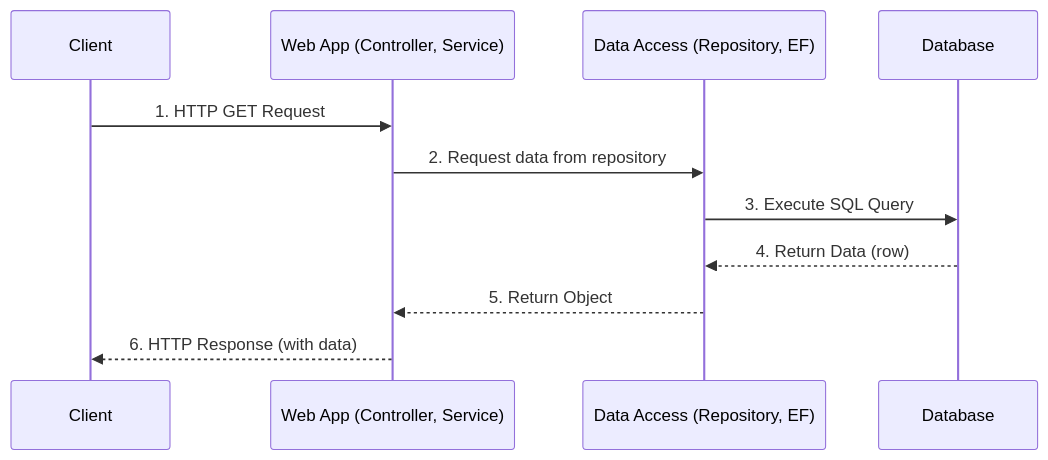
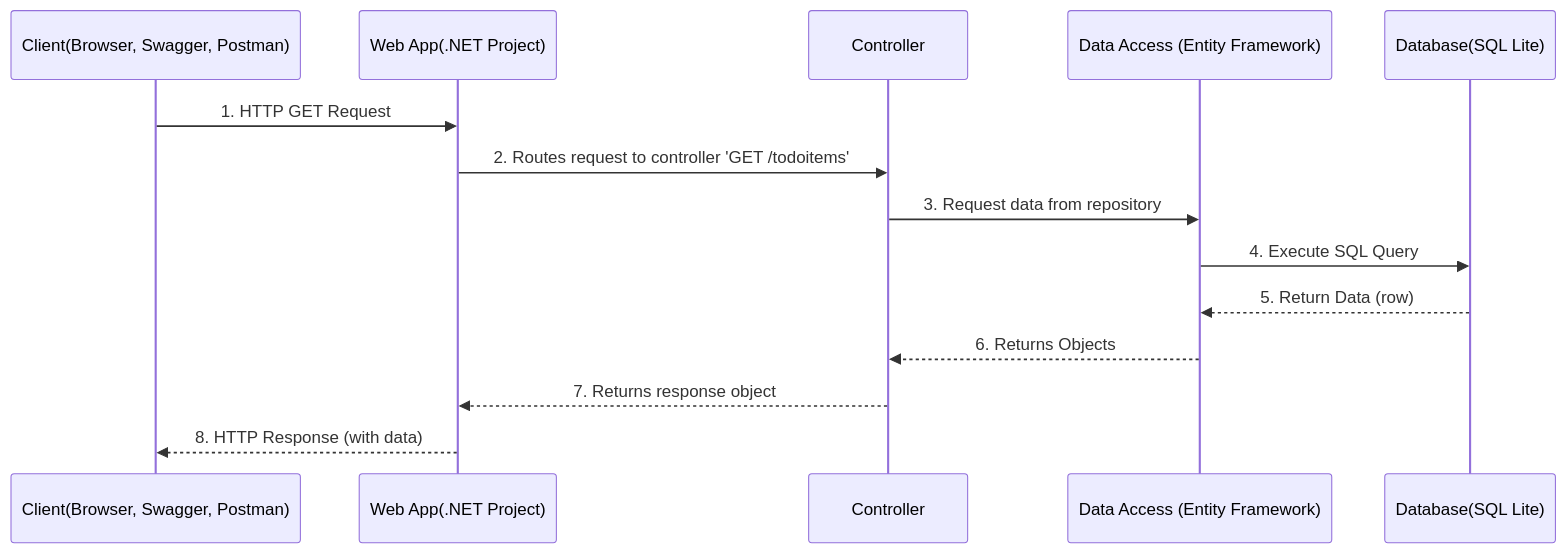
Before and after one commit to horbunovaolena/ToDo: the diagram in docs/WebApp.md, drawn with Mermaid. The commit also changed 19 other files, not shown here.

Commit message:
Convert Minimal APIs to Controller-based architecture (#25)

````diff
--- a/docs/WebApp.md
+++ b/docs/WebApp.md
@@ -2,14 +2,17 @@
 ```mermaid
 sequenceDiagram
-  participant B as Client
-  participant WA as Web App (Controller, Service)
-  participant DA as Data Access (Repository, EF)
-  participant D as Database
+  participant B as Client(Browser, Swagger, Postman)
+  participant WA as Web App(.NET Project)
+  participant Controller
+  participant DA as Data Access (Entity Framework)
+  participant D as Database(SQL Lite)
 
   B->>WA: 1. HTTP GET Request
-  WA->>DA: 2. Request data from repository
-  DA->>D: 3. Execute SQL Query
-  D-->>DA: 4. Return Data (row)
-  DA-->>WA: 5. Return Object
-  WA-->>B: 6. HTTP Response (with data)
+  WA ->> Controller :2. Routes request to controller 'GET /todoitems'
+  Controller->>DA: 3. Request data from repository
+  DA->>D: 4. Execute SQL Query
+  D-->>DA: 5. Return Data (row)
+  DA-->>Controller: 6. Returns Objects
+  Controller-->>WA: 7. Returns response object
+  WA-->>B: 8. HTTP Response (with data)
 ```
````
